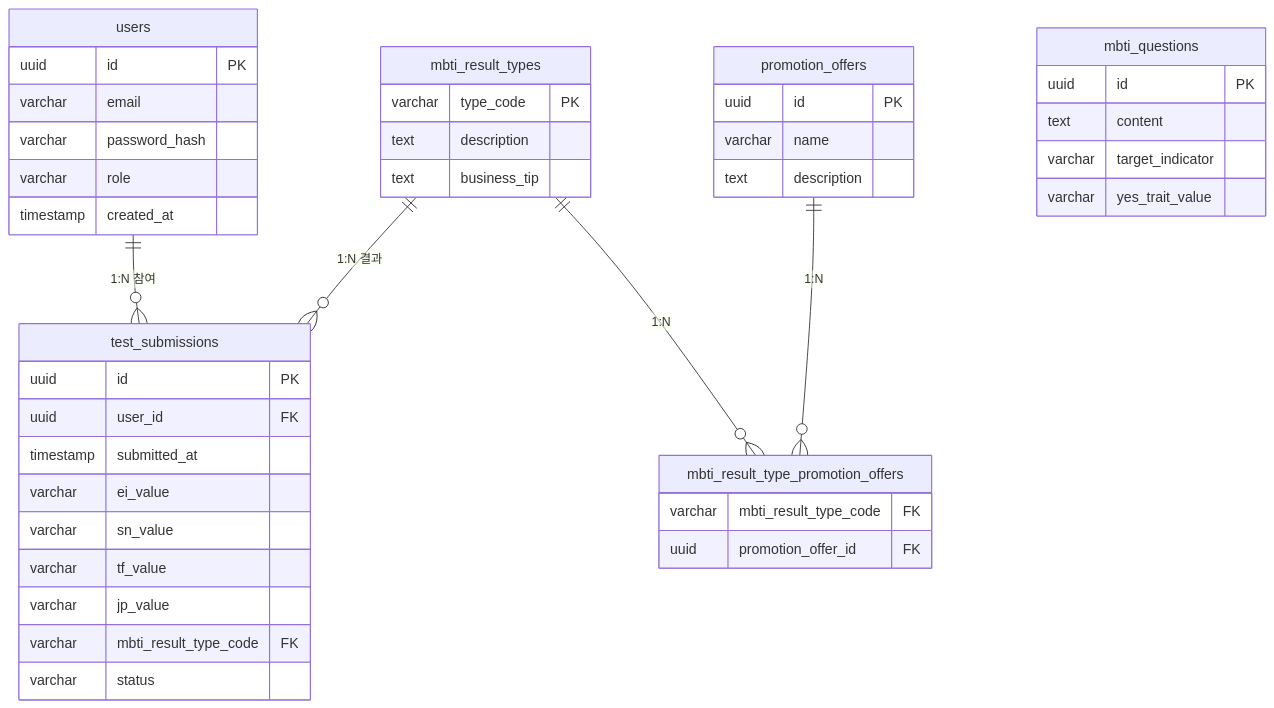
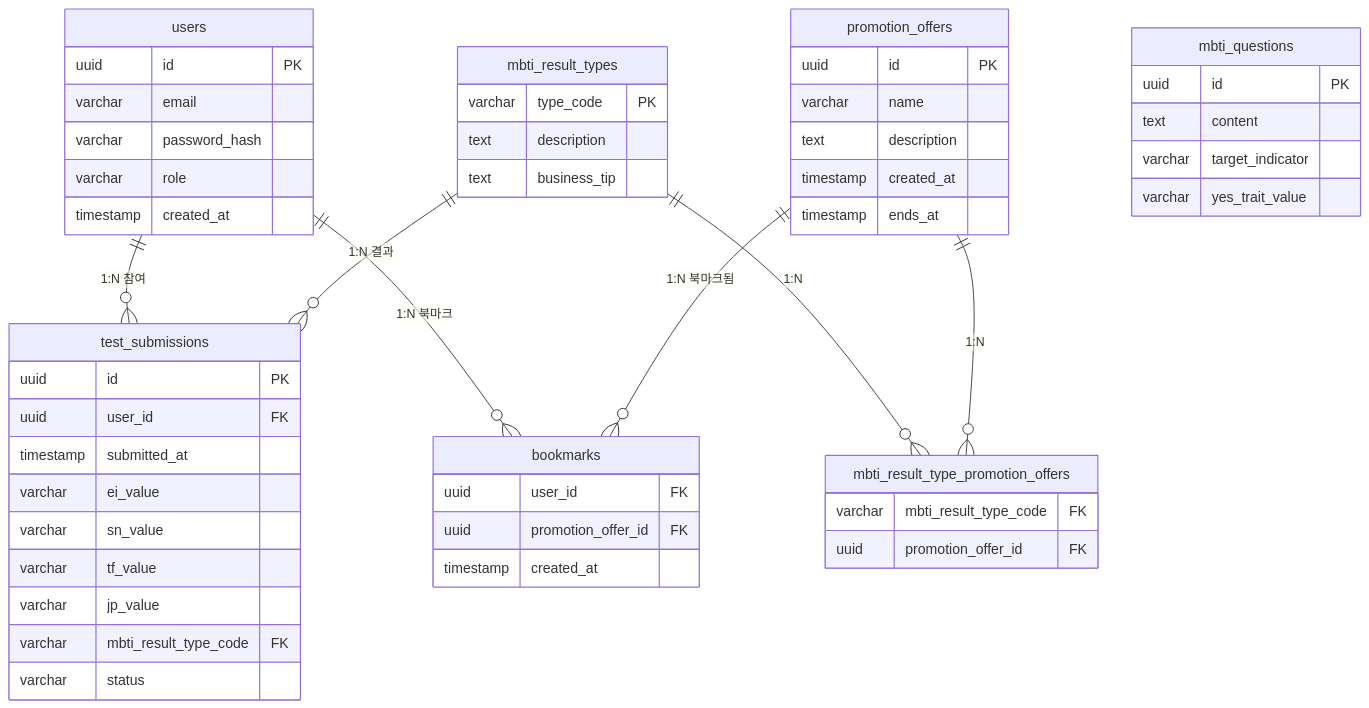
The diagram in docs/8-erd.md (zieun0127/b2b-promo), drawn with Mermaid before and after one commit. The commit also changed other lines of this file and 15 other files, not shown here.

````diff
--- a/docs/8-erd.md
+++ b/docs/8-erd.md
@@ -7,51 +7,61 @@
 ```mermaid
 erDiagram
     users ||--o{ test_submissions : "1:N 참여"
     mbti_result_types ||--o{ test_submissions : "1:N 결과"
     mbti_result_types ||--o{ mbti_result_type_promotion_offers : "1:N"
     promotion_offers ||--o{ mbti_result_type_promotion_offers : "1:N"
+    users ||--o{ bookmarks : "1:N 북마크"
+    promotion_offers ||--o{ bookmarks : "1:N 북마크됨"
 
     users {
         uuid id PK
         varchar email
         varchar password_hash
         varchar role
         timestamp created_at
     }
 
     mbti_questions {
         uuid id PK
         text content
         varchar target_indicator
         varchar yes_trait_value
     }
 
     mbti_result_types {
         varchar type_code PK
         text description
         text business_tip
     }
 
     promotion_offers {
         uuid id PK
         varchar name
         text description
+        timestamp created_at
+        timestamp ends_at
     }
 
     mbti_result_type_promotion_offers {
         varchar mbti_result_type_code FK
         uuid promotion_offer_id FK
     }
 
     test_submissions {
         uuid id PK
         uuid user_id FK
         timestamp submitted_at
         varchar ei_value
         varchar sn_value
         varchar tf_value
         varchar jp_value
         varchar mbti_result_type_code FK
         varchar status
     }
+
+    bookmarks {
+        uuid user_id FK
+        uuid promotion_offer_id FK
+        timestamp created_at
+    }
 ```
````
